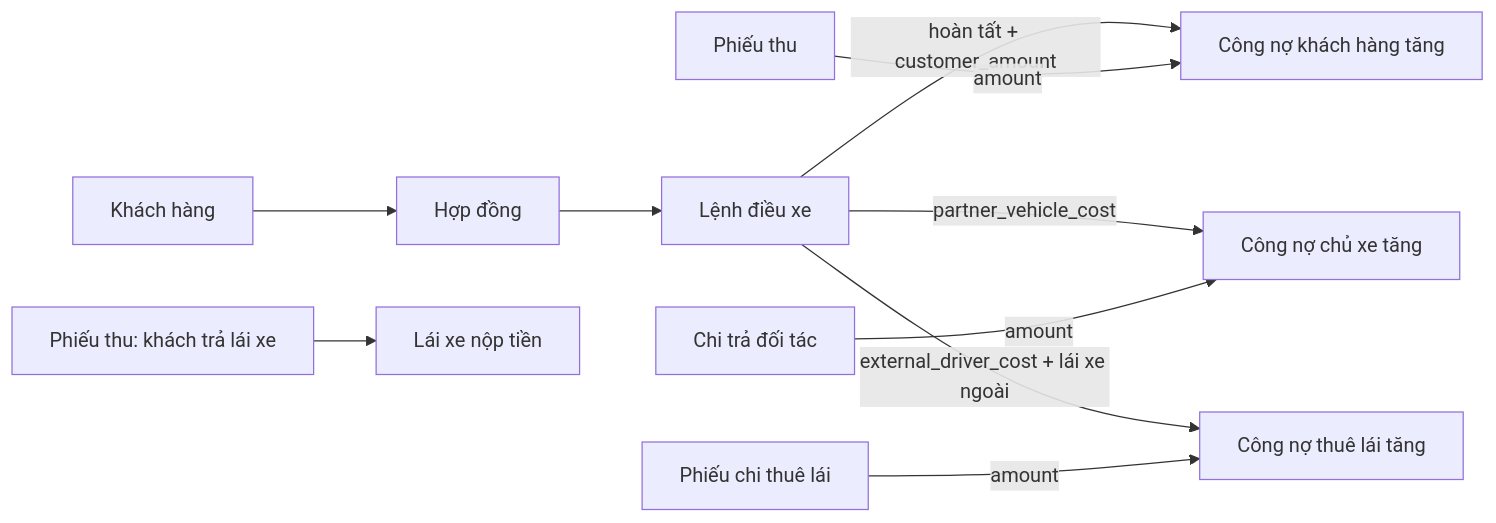
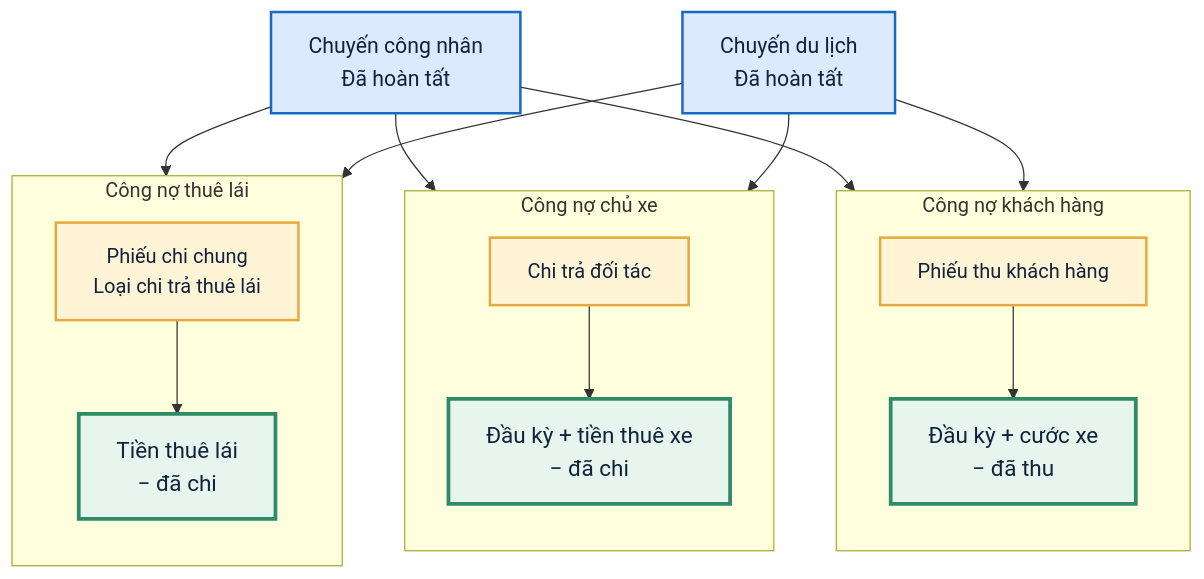
The diagram in docs/training/vu-trung-duc-so-tay-tu-hoc.md (hieu92264/HALINHTRAVEL-API), drawn with Mermaid before and after one commit. The commit also changed other lines of this file and 27 other files, not shown here.

First line of the commit message:
Add Vehicle API tests and update schema assertions

````diff
--- a/docs/training/vu-trung-duc-so-tay-tu-hoc.md
+++ b/docs/training/vu-trung-duc-so-tay-tu-hoc.md
@@ -86,15 +9,34 @@
 ```mermaid
-flowchart LR
-    KH[Khách hàng] --> HD[Hợp đồng]
-    HD --> LDX[Lệnh điều xe]
-    LDX -->|hoàn tất + customer_amount| CNKH[Công nợ khách hàng tăng]
-    PT[Phiếu thu] -->|amount| CNKH
+flowchart TB
+  A[Chuyến công nhân<br/>Đã hoàn tất]
+  B[Chuyến du lịch<br/>Đã hoàn tất]
 
-    LDX -->|partner_vehicle_cost| CNCS[Công nợ chủ xe tăng]
-    PCT[Chi trả đối tác] -->|amount| CNCS
+  subgraph KH[Công nợ khách hàng]
+    direction TB
+    C[Phiếu thu khách hàng] --> D[Đầu kỳ + cước xe<br/>− đã thu]
+  end
 
-    LDX -->|external_driver_cost + lái xe ngoài| CNTL[Công nợ thuê lái tăng]
-    PC[Phiếu chi thuê lái] -->|amount| CNTL
+  subgraph DT[Công nợ chủ xe]
+    direction TB
+    E[Chi trả đối tác] --> F[Đầu kỳ + tiền thuê xe<br/>− đã chi]
+  end
 
-    PT2[Phiếu thu: khách trả lái xe] --> NTLX[Lái xe nộp tiền]
+  subgraph TL[Công nợ thuê lái]
+    direction TB
+    G[Phiếu chi chung<br/>Loại chi trả thuê lái] --> H[Tiền thuê lái<br/>− đã chi]
+  end
+
+  A --> D
+  B --> D
+  A --> F
+  B --> F
+  A --> H
+  B --> H
+
+  classDef trip fill:#DBEAFE,stroke:#1769C2,color:#10233B,stroke-width:2px,font-size:17px;
+  classDef document fill:#FFF4D6,stroke:#E6A93D,color:#10233B,stroke-width:2px,font-size:16px;
+  classDef debt fill:#E8F5EE,stroke:#2F8A68,color:#10233B,stroke-width:3px,font-size:18px;
+  class A,B trip;
+  class C,E,G document;
+  class D,F,H debt;
 ```
````
